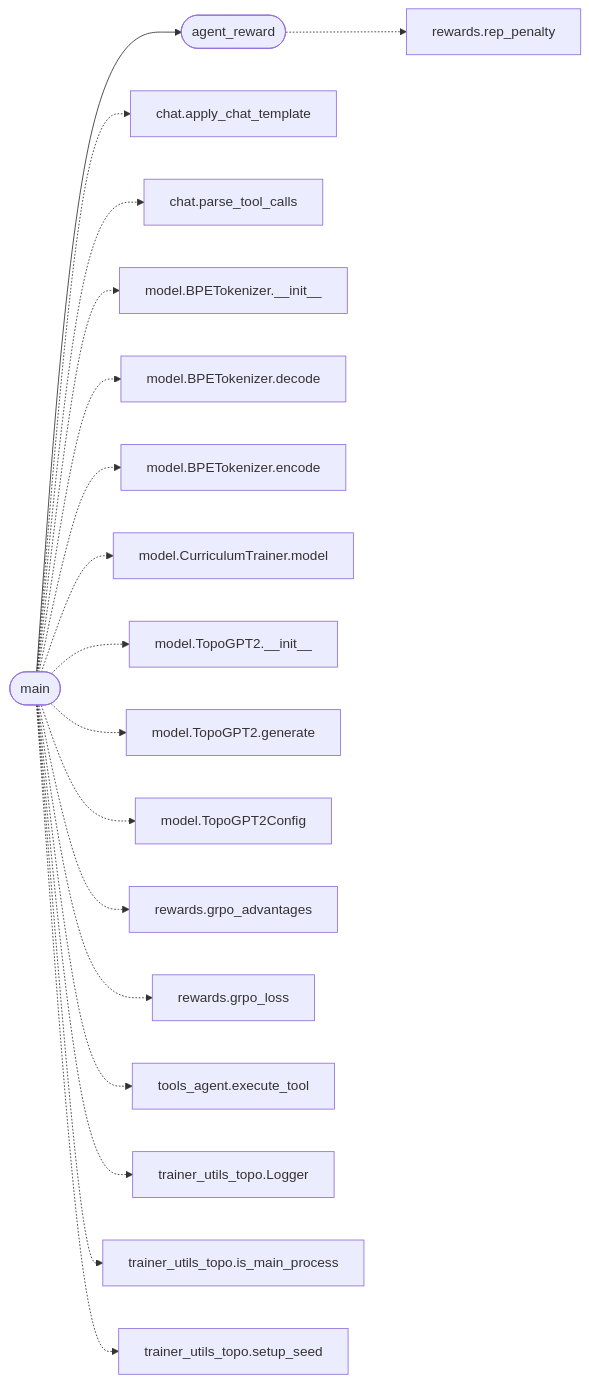
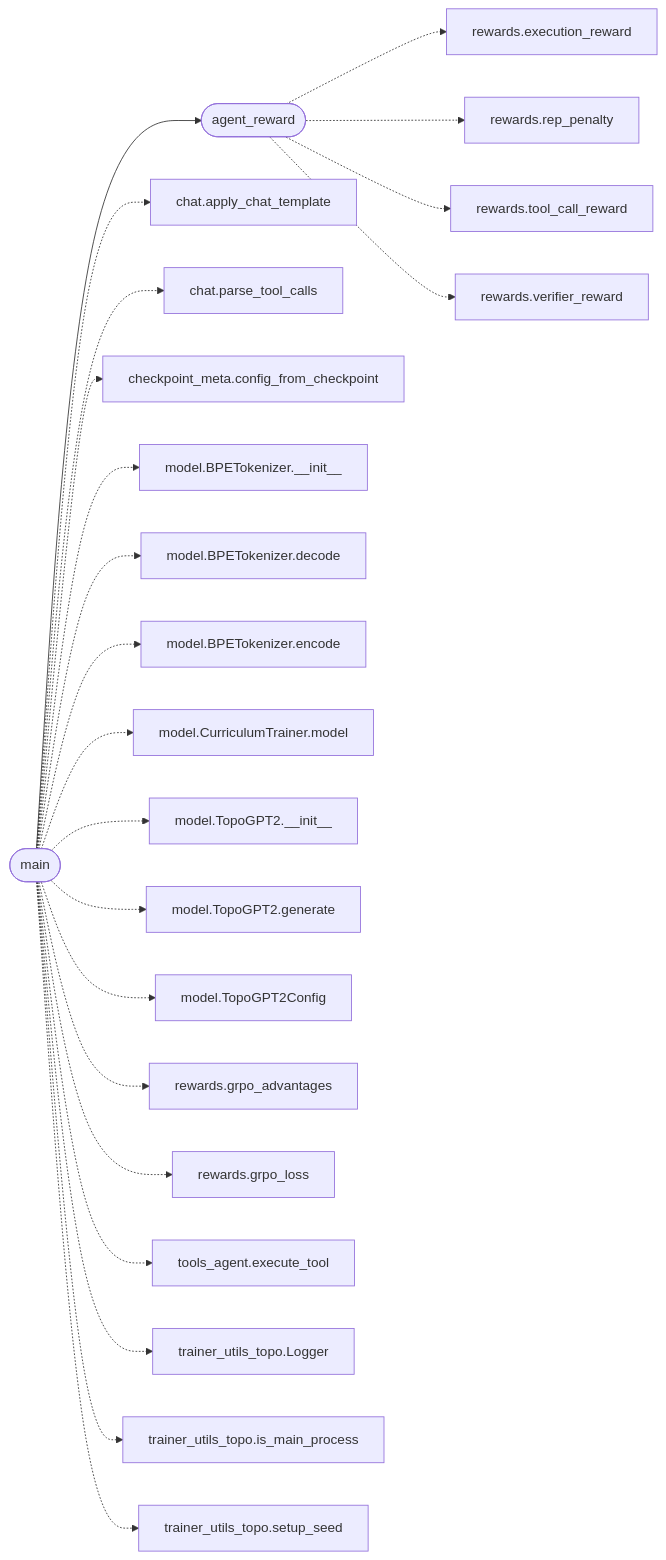
The diagram in readmenator-apidocs/modules/topogpt3.train_agent.py.md (grisuno/TopoGPT3), drawn with Mermaid before and after one commit. The commit also changed other lines of this file and 185 other files, not shown here.

````diff
--- a/readmenator-apidocs/modules/topogpt3.train_agent.py.md
+++ b/readmenator-apidocs/modules/topogpt3.train_agent.py.md
@@ -21,38 +21,46 @@
 ```mermaid
 flowchart LR
     n_topogpt3_train_agent_py__main(["main"])
     n_topogpt3_train_agent_py__agent_reward(["agent_reward"])
+    n_topogpt3_rewards_py__execution_reward["rewards.execution_reward"]
     n_topogpt3_rewards_py__rep_penalty["rewards.rep_penalty"]
+    n_topogpt3_rewards_py__tool_call_reward["rewards.tool_call_reward"]
+    n_topogpt3_rewards_py__verifier_reward["rewards.verifier_reward"]
     n_topogpt3_chat_py__apply_chat_template["chat.apply_chat_template"]
     n_topogpt3_chat_py__parse_tool_calls["chat.parse_tool_calls"]
+    n_topogpt3_checkpoint_meta_py__config_from_checkpoint["checkpoint_meta.config_from_checkpoint"]
     n_topogpt3_model_py__BPETokenizer___init__["model.BPETokenizer.__init__"]
     n_topogpt3_model_py__BPETokenizer_decode["model.BPETokenizer.decode"]
     n_topogpt3_model_py__BPETokenizer_encode["model.BPETokenizer.encode"]
     n_topogpt3_model_py__CurriculumTrainer_model["model.CurriculumTrainer.model"]
     n_topogpt3_model_py__TopoGPT2___init__["model.TopoGPT2.__init__"]
     n_topogpt3_model_py__TopoGPT2_generate["model.TopoGPT2.generate"]
     n_topogpt3_model_py__TopoGPT2Config["model.TopoGPT2Config"]
     n_topogpt3_rewards_py__grpo_advantages["rewards.grpo_advantages"]
     n_topogpt3_rewards_py__grpo_loss["rewards.grpo_loss"]
     n_topogpt3_tools_agent_py__execute_tool["tools_agent.execute_tool"]
     n_topogpt3_trainer_utils_topo_py__Logger["trainer_utils_topo.Logger"]
     n_topogpt3_trainer_utils_topo_py__is_main_process["trainer_utils_topo.is_main_process"]
     n_topogpt3_trainer_utils_topo_py__setup_seed["trainer_utils_topo.setup_seed"]
     n_topogpt3_train_agent_py__main --> n_topogpt3_train_agent_py__agent_reward
+    n_topogpt3_train_agent_py__agent_reward -.-> n_topogpt3_rewards_py__execution_reward
     n_topogpt3_train_agent_py__agent_reward -.-> n_topogpt3_rewards_py__rep_penalty
+    n_topogpt3_train_agent_py__agent_reward -.-> n_topogpt3_rewards_py__tool_call_reward
+    n_topogpt3_train_agent_py__agent_reward -.-> n_topogpt3_rewards_py__verifier_reward
     n_topogpt3_train_agent_py__main -.-> n_topogpt3_chat_py__apply_chat_template
     n_topogpt3_train_agent_py__main -.-> n_topogpt3_chat_py__parse_tool_calls
+    n_topogpt3_train_agent_py__main -.-> n_topogpt3_checkpoint_meta_py__config_from_checkpoint
     n_topogpt3_train_agent_py__main -.-> n_topogpt3_model_py__BPETokenizer___init__
     n_topogpt3_train_agent_py__main -.-> n_topogpt3_model_py__BPETokenizer_decode
     n_topogpt3_train_agent_py__main -.-> n_topogpt3_model_py__BPETokenizer_encode
     n_topogpt3_train_agent_py__main -.-> n_topogpt3_model_py__CurriculumTrainer_model
     n_topogpt3_train_agent_py__main -.-> n_topogpt3_model_py__TopoGPT2___init__
     n_topogpt3_train_agent_py__main -.-> n_topogpt3_model_py__TopoGPT2_generate
     n_topogpt3_train_agent_py__main -.-> n_topogpt3_model_py__TopoGPT2Config
     n_topogpt3_train_agent_py__main -.-> n_topogpt3_rewards_py__grpo_advantages
     n_topogpt3_train_agent_py__main -.-> n_topogpt3_rewards_py__grpo_loss
     n_topogpt3_train_agent_py__main -.-> n_topogpt3_tools_agent_py__execute_tool
     n_topogpt3_train_agent_py__main -.-> n_topogpt3_trainer_utils_topo_py__Logger
     n_topogpt3_train_agent_py__main -.-> n_topogpt3_trainer_utils_topo_py__is_main_process
     n_topogpt3_train_agent_py__main -.-> n_topogpt3_trainer_utils_topo_py__setup_seed
 ```
````
